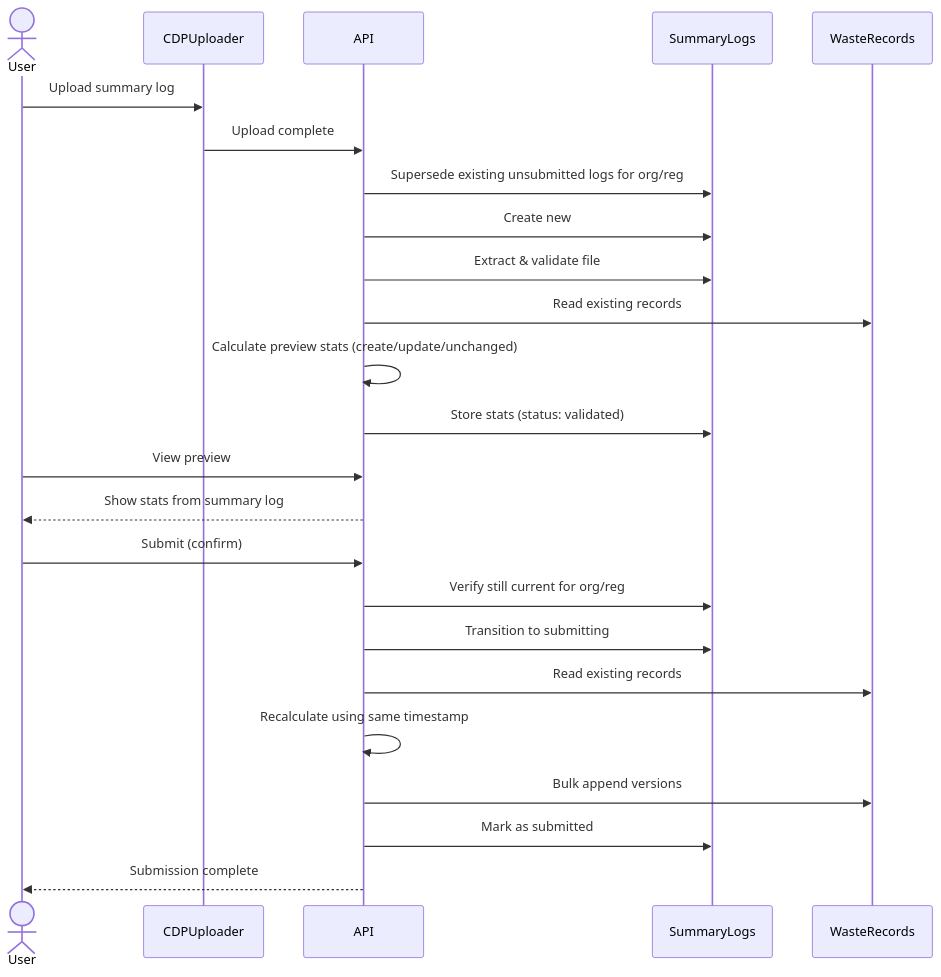
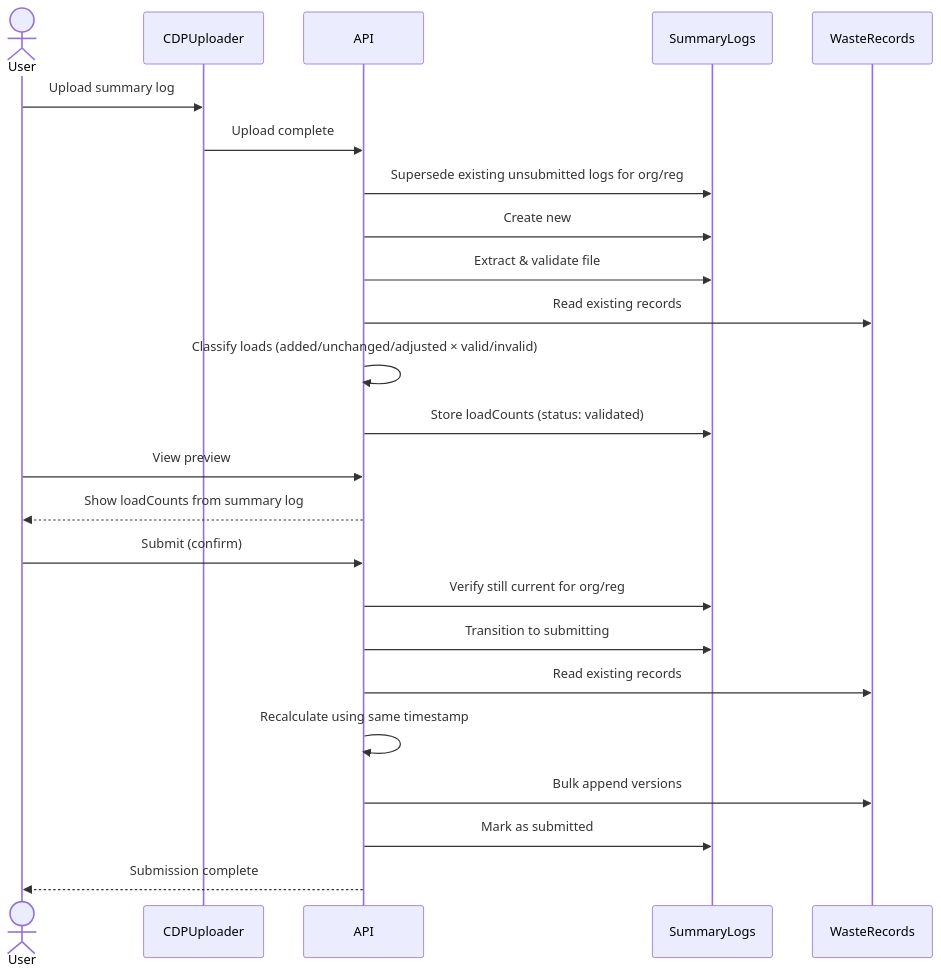
One commit to DEFRA/epr-backend changed the first of 7 diagrams in docs/architecture/defined/summary-log-submission-lld.md. Above: the diagram before and after it, drawn with Mermaid. The commit also changed other lines of this file, not shown here.

First line of the commit message:
Update LLD to reflect loadCounts implementation

````diff
--- a/docs/architecture/defined/summary-log-submission-lld.md
+++ b/docs/architecture/defined/summary-log-submission-lld.md
@@ -55,30 +55,30 @@
 ```mermaid
 sequenceDiagram
     actor User
     participant CDPUploader
     participant API
     participant SummaryLogs
     participant WasteRecords
 
     User->>CDPUploader: Upload summary log
     CDPUploader->>API: Upload complete
     API->>SummaryLogs: Supersede existing unsubmitted logs for org/reg
     API->>SummaryLogs: Create new
 
     API->>SummaryLogs: Extract & validate file
     API->>WasteRecords: Read existing records
-    API->>API: Calculate preview stats (create/update/unchanged)
-    API->>SummaryLogs: Store stats (status: validated)
+    API->>API: Classify loads (added/unchanged/adjusted × valid/invalid)
+    API->>SummaryLogs: Store loadCounts (status: validated)
 
     User->>API: View preview
-    API-->>User: Show stats from summary log
+    API-->>User: Show loadCounts from summary log
 
     User->>API: Submit (confirm)
     API->>SummaryLogs: Verify still current for org/reg
     API->>SummaryLogs: Transition to submitting
     API->>WasteRecords: Read existing records
     API->>API: Recalculate using same timestamp
     API->>WasteRecords: Bulk append versions
     API->>SummaryLogs: Mark as submitted
     API-->>User: Submission complete
 ```
````
